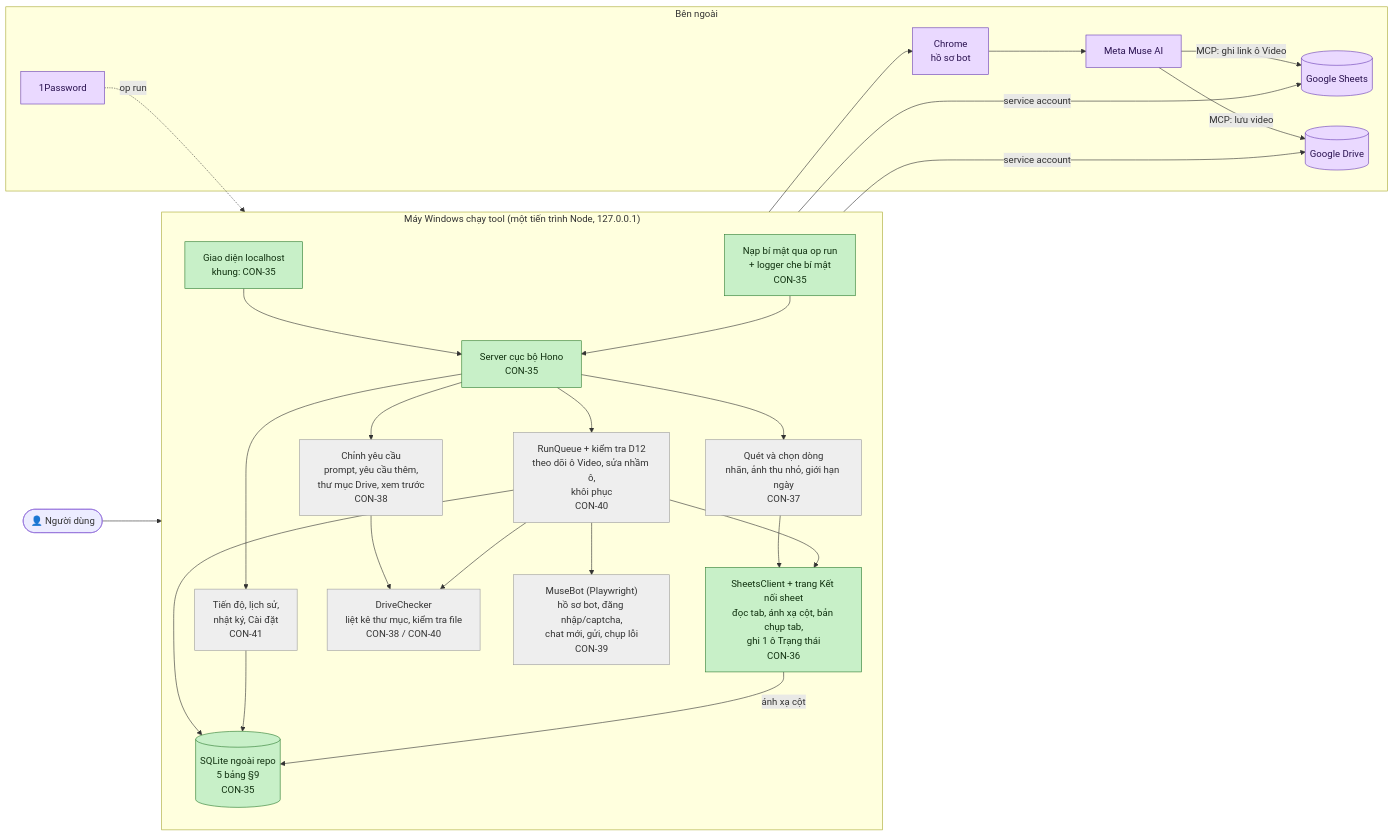
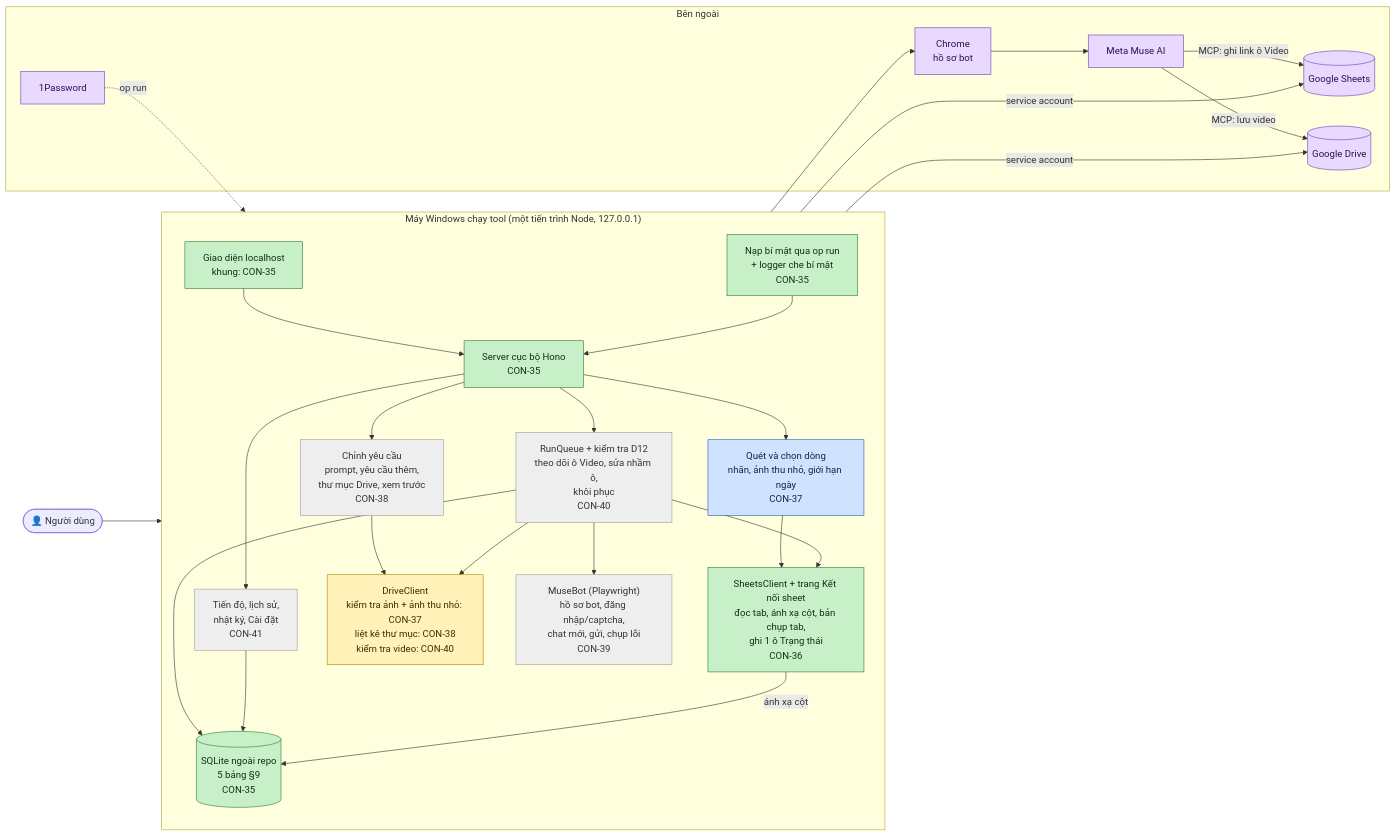
One commit to Bach1711/MASYS-VIDEO-GENERATOR changed the diagram in TIEN-DO.md. Above: the diagram before and after it, drawn with Mermaid. The commit also changed other lines of this file and 17 other files, not shown here.

First line of the commit message:
feat(con-37): quét và chọn dòng — nhãn, ảnh thu nhỏ, giới hạn ngày

````diff
--- a/TIEN-DO.md
+++ b/TIEN-DO.md
@@ -17,54 +17,56 @@
 ```mermaid
 flowchart LR
     user(["👤 Người dùng"])
 
     subgraph PC["Máy Windows chạy tool (một tiến trình Node, 127.0.0.1)"]
         direction TB
         ui["Giao diện localhost<br/>khung: CON-35"]
         server["Server cục bộ Hono<br/>CON-35"]
         secrets["Nạp bí mật qua op run<br/>+ logger che bí mật<br/>CON-35"]
         db[("SQLite ngoài repo<br/>5 bảng §9<br/>CON-35")]
 
         sheet["SheetsClient + trang Kết nối sheet<br/>đọc tab, ánh xạ cột, bản chụp tab,<br/>ghi 1 ô Trạng thái<br/>CON-36"]
         scan["Quét và chọn dòng<br/>nhãn, ảnh thu nhỏ, giới hạn ngày<br/>CON-37"]
         editor["Chỉnh yêu cầu<br/>prompt, yêu cầu thêm,<br/>thư mục Drive, xem trước<br/>CON-38"]
         bot["MuseBot (Playwright)<br/>hồ sơ bot, đăng nhập/captcha,<br/>chat mới, gửi, chụp lỗi<br/>CON-39"]
         queue["RunQueue + kiểm tra D12<br/>theo dõi ô Video, sửa nhầm ô,<br/>khôi phục<br/>CON-40"]
-        drive["DriveChecker<br/>liệt kê thư mục, kiểm tra file<br/>CON-38 / CON-40"]
+        drive["DriveClient<br/>kiểm tra ảnh + ảnh thu nhỏ: CON-37<br/>liệt kê thư mục: CON-38<br/>kiểm tra video: CON-40"]
         progress["Tiến độ, lịch sử,<br/>nhật ký, Cài đặt<br/>CON-41"]
     end
 
     subgraph EXT["Bên ngoài"]
         gsheets[("Google Sheets")]
         gdrive[("Google Drive")]
         chrome["Chrome<br/>hồ sơ bot"]
         muse["Meta Muse AI"]
         op["1Password"]
     end
 
     user --> ui --> server
     server --> scan & editor & progress
     scan --> sheet
     editor --> drive
     server --> queue
     queue --> sheet & drive & bot
     queue --> db
     progress --> db
     sheet -- "ánh xạ cột" --> db
     sheet -- "service account" --> gsheets
     drive -- "service account" --> gdrive
     bot --> chrome --> muse
     muse -- "MCP: lưu video" --> gdrive
     muse -- "MCP: ghi link ô Video" --> gsheets
     op -. "op run" .-> secrets --> server
 
     classDef done fill:#c8f0c8,stroke:#2e7d32,color:#10300f
     classDef review fill:#cfe3ff,stroke:#1f5fbf,color:#0c2550
     classDef doing fill:#fff1b8,stroke:#b38600,color:#3d2e00
     classDef todo fill:#eeeeee,stroke:#9e9e9e,color:#333333
     classDef ext fill:#ead9ff,stroke:#6a3fb5,color:#2a1250
 
     class ui,server,secrets,db,sheet done
-    class scan,editor,bot,queue,drive,progress todo
+    class scan review
+    class drive doing
+    class editor,bot,queue,progress todo
     class gsheets,gdrive,chrome,muse,op ext
 ```
````
